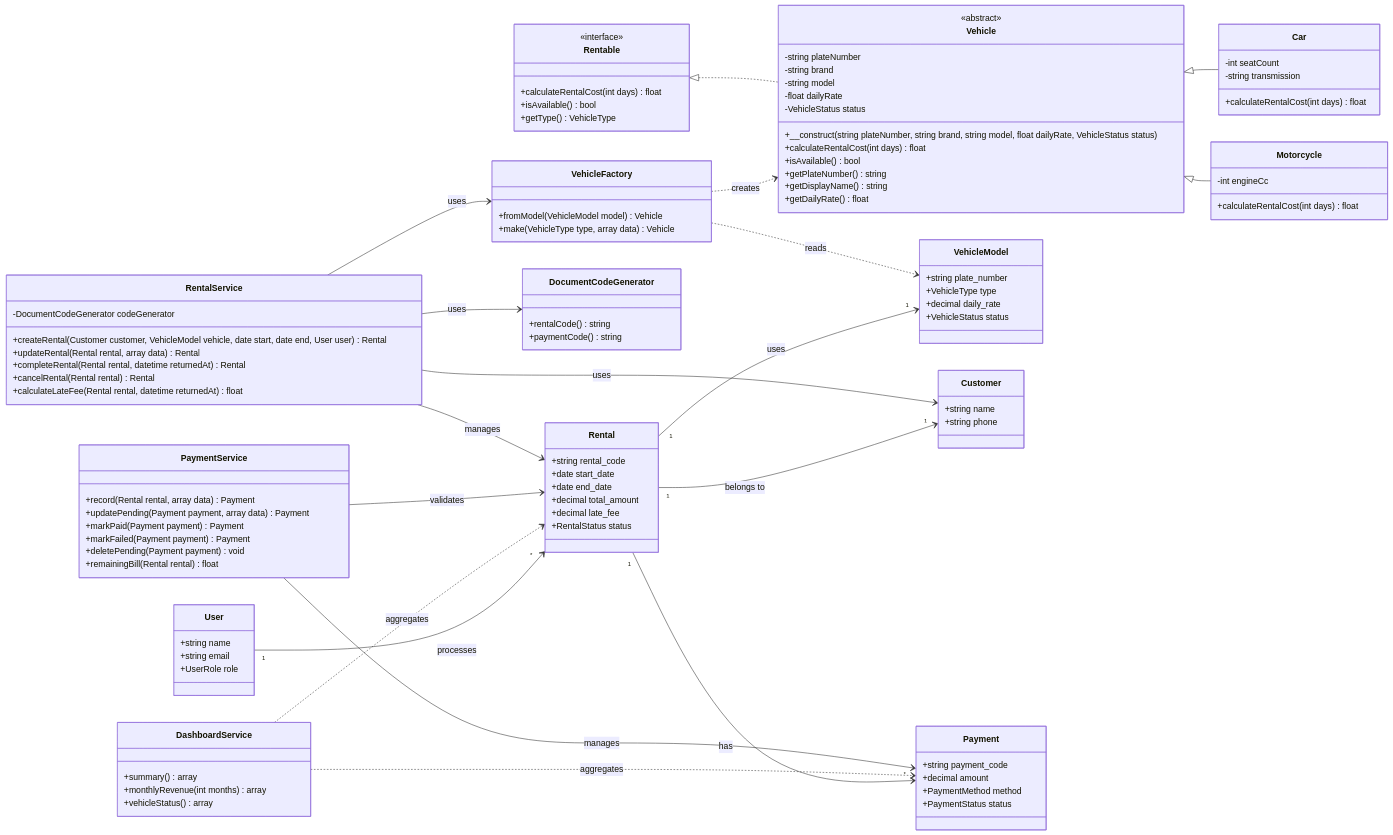
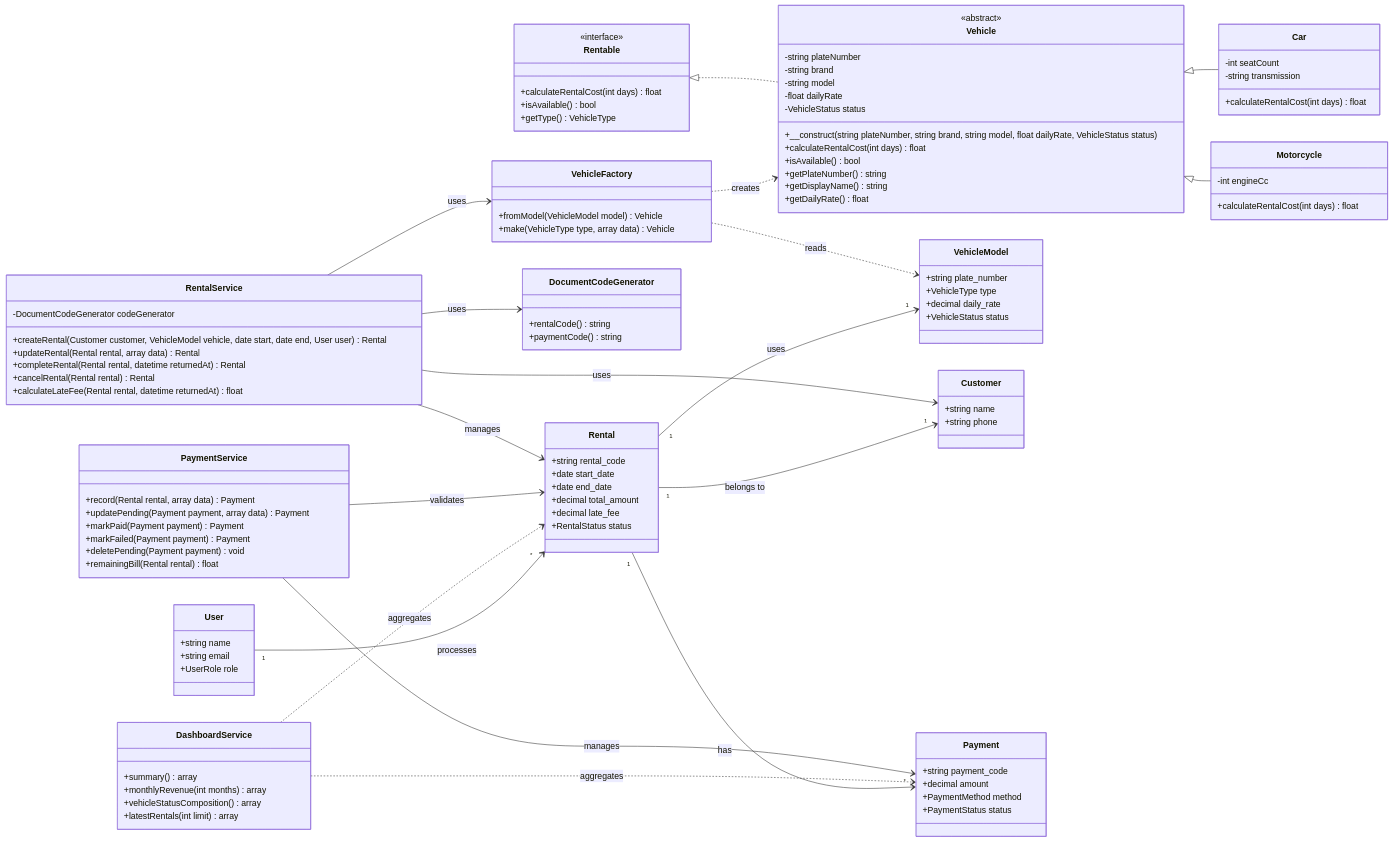
The third of 4 diagrams in docs/ARCHITECTURE.md (Jehian/rentalgo-oop), drawn with Mermaid before and after one commit. The commit also changed other lines of this file and 10 other files, not shown here.

```diff
--- a/docs/ARCHITECTURE.md
+++ b/docs/ARCHITECTURE.md
@@ -291,7 +291,8 @@
     class DashboardService {
         +summary() array
         +monthlyRevenue(int months) array
-        +vehicleStatus() array
+        +vehicleStatusComposition() array
+        +latestRentals(int limit) array
     }
 
     class DocumentCodeGenerator {
```
